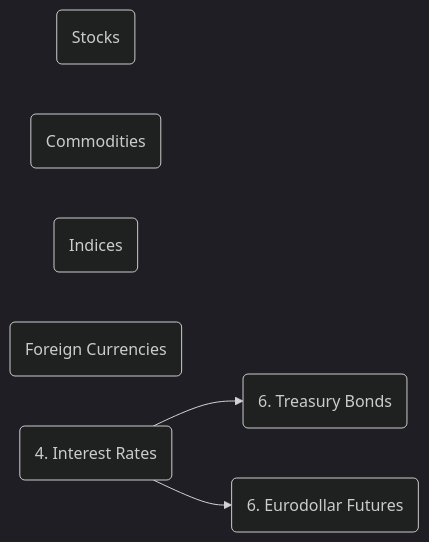
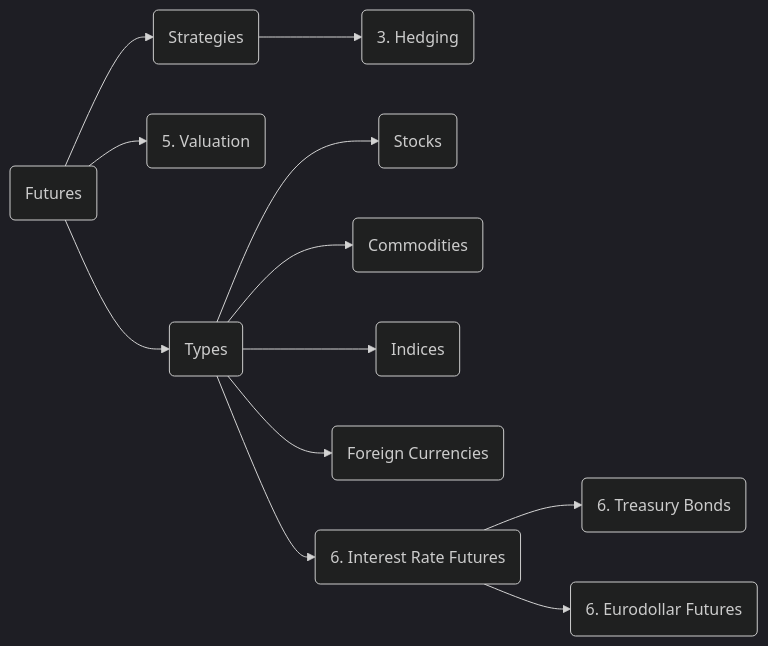
Before and after one commit to govindthange/notes: the second of 5 diagrams in moc/1_OptionsFuturesAndOtherDerivatives_SankarshanBasu_JohnHull_ed10_2018.md, drawn with Mermaid (dark theme). The commit also changed other lines of this file, not shown here.

Commit message:
Relinked valuation process of derivatives

````diff
--- a/moc/1_OptionsFuturesAndOtherDerivatives_SankarshanBasu_JohnHull_ed10_2018.md
+++ b/moc/1_OptionsFuturesAndOtherDerivatives_SankarshanBasu_JohnHull_ed10_2018.md
@@ -55,10 +46,15 @@
 ```mermaid
 graph LR;
-	s(Stocks)
-	c(Commodities)
-	i(Indices)
-	f(Foreign Currencies)
-	ir(4. Interest Rates)
-	ir-->ir_tb(6. Treasury Bonds)
-	ir-->ir_ed(6. Eurodollar Futures)
+	f(Futures)
+	f-->f_s(Strategies)
+		f_s-->fs_h(3. Hedging)
+	f-->v(5. Valuation)
+	f-->f_t(Types)
+	f_t-->ft_s(Stocks)
+	f_t-->ft_c(Commodities)
+	f_t-->ft_i(Indices)
+	f_t-->ft_f(Foreign Currencies)
+	f_t-->ft_irf(6. Interest Rate Futures)
+		ft_irf-->ftirf_tb(6. Treasury Bonds)
+		ft_irf-->ftirf_ed(6. Eurodollar Futures)
 ```
````
